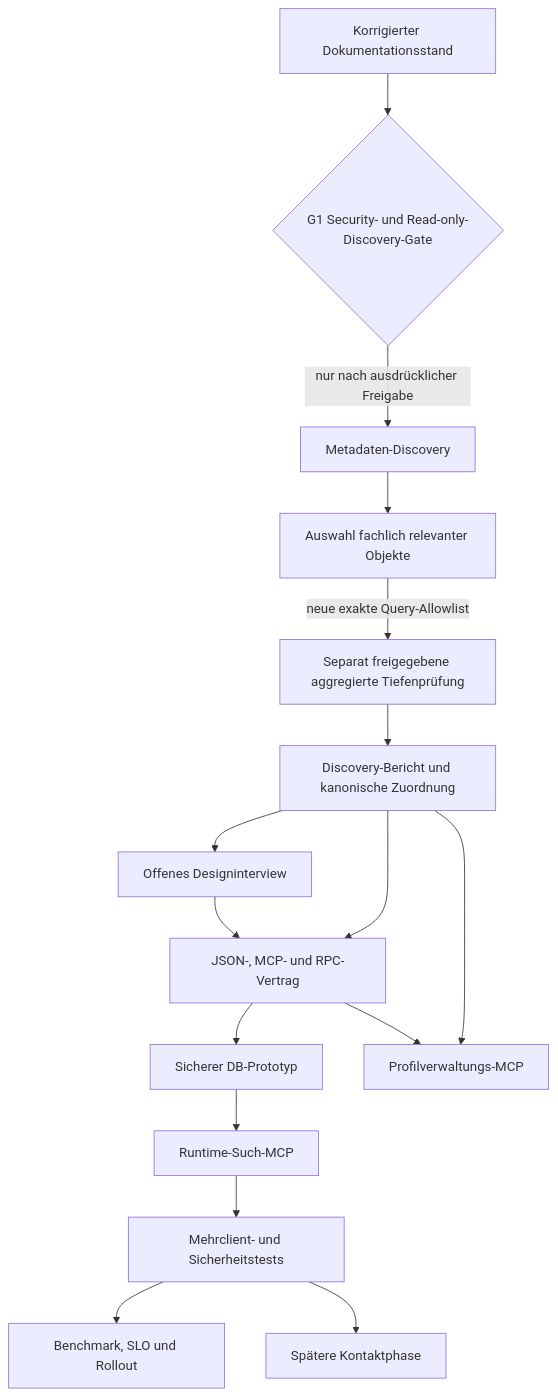
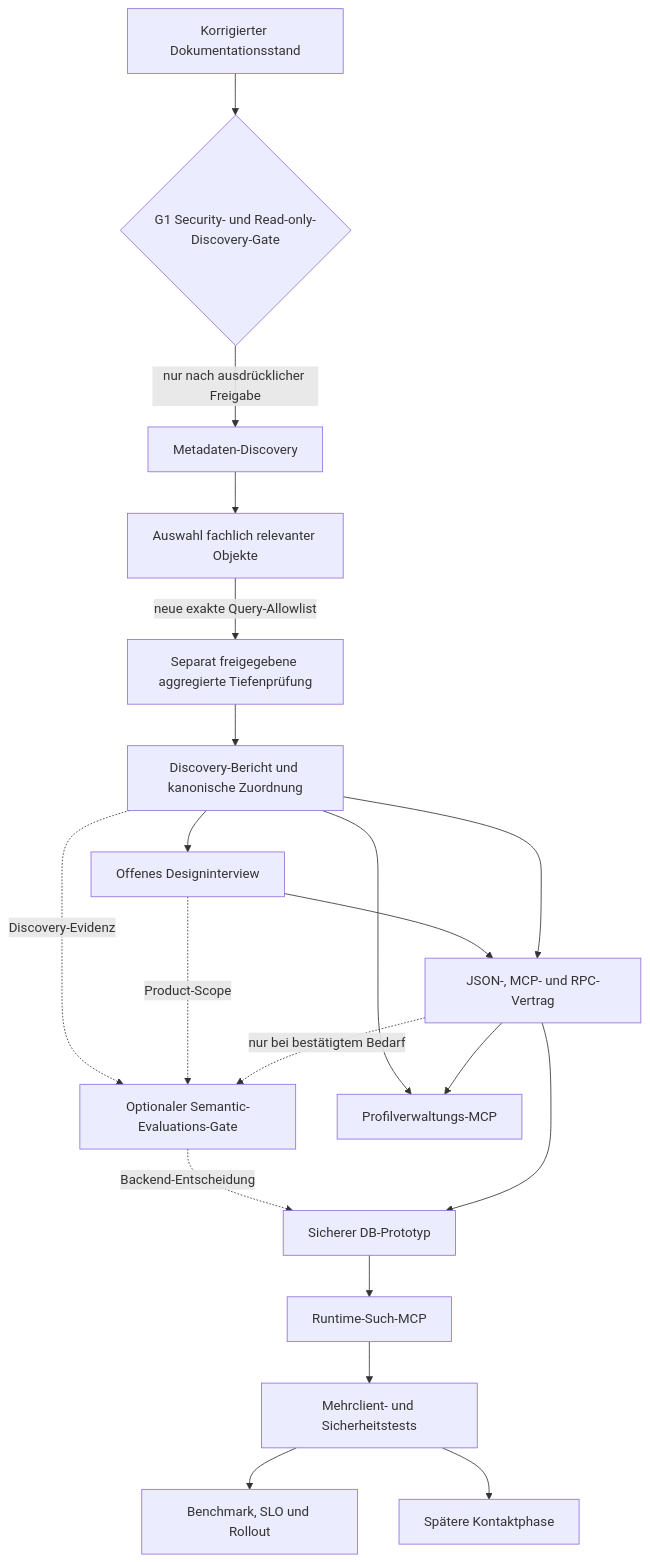
The diagram in docs/discovery/project-decision-map.md (dsactivi-2/MCP-JSI-DINO-SUPABASE), drawn with Mermaid before and after one commit. The commit also changed other lines of this file and 14 other files, not shown here.

Commit message:
Document CRM schema analysis and discovery gates

````diff
--- a/docs/discovery/project-decision-map.md
+++ b/docs/discovery/project-decision-map.md
@@ -22,33 +22,38 @@
 ```mermaid
 flowchart TD
     F0[Korrigierter Dokumentationsstand]
     G1{G1 Security- und Read-only-Discovery-Gate}
     G2[Metadaten-Discovery]
     G3[Auswahl fachlich relevanter Objekte]
     G4[Separat freigegebene aggregierte Tiefenprüfung]
     G5[Discovery-Bericht und kanonische Zuordnung]
     OI[Offenes Designinterview]
     G6[JSON-, MCP- und RPC-Vertrag]
+    SE[Optionaler Semantic-Evaluations-Gate]
     G7[Sicherer DB-Prototyp]
     G8[Runtime-Such-MCP]
     G9[Mehrclient- und Sicherheitstests]
     G10[Benchmark, SLO und Rollout]
     PA[Profilverwaltungs-MCP]
     CA[Spätere Kontaktphase]
 
     F0 --> G1
     G1 -->|nur nach ausdrücklicher Freigabe| G2
     G2 --> G3
     G3 -->|neue exakte Query-Allowlist| G4
     G4 --> G5
     G5 --> OI
     OI --> G6
     G5 --> G6
+    G5 -. Discovery-Evidenz .-> SE
+    OI -. Product-Scope .-> SE
+    G6 -. nur bei bestätigtem Bedarf .-> SE
+    SE -. Backend-Entscheidung .-> G7
     G6 --> G7
     G7 --> G8
     G8 --> G9
     G9 --> G10
     G5 --> PA
     G6 --> PA
     G9 --> CA
 ```
````
